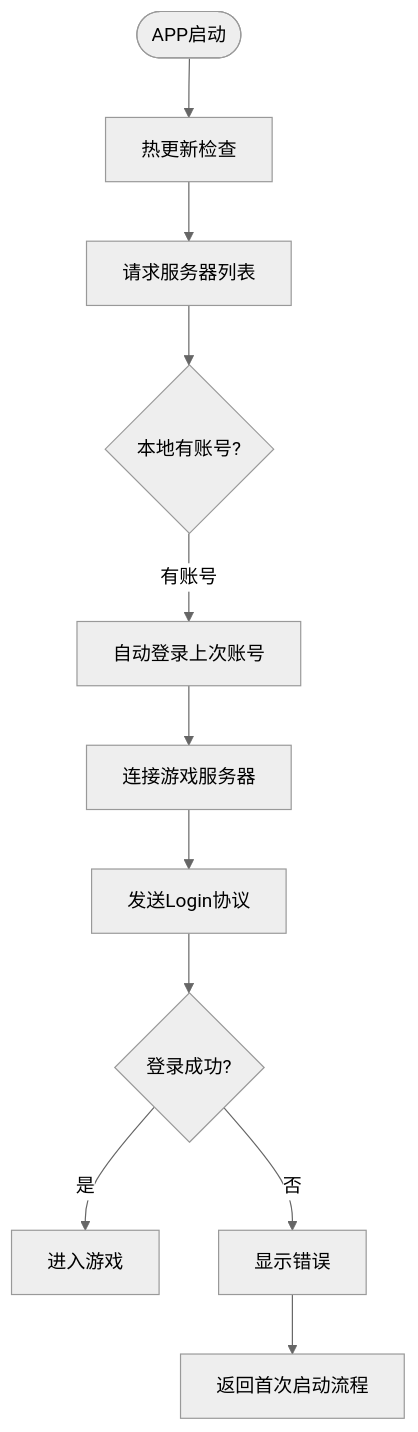
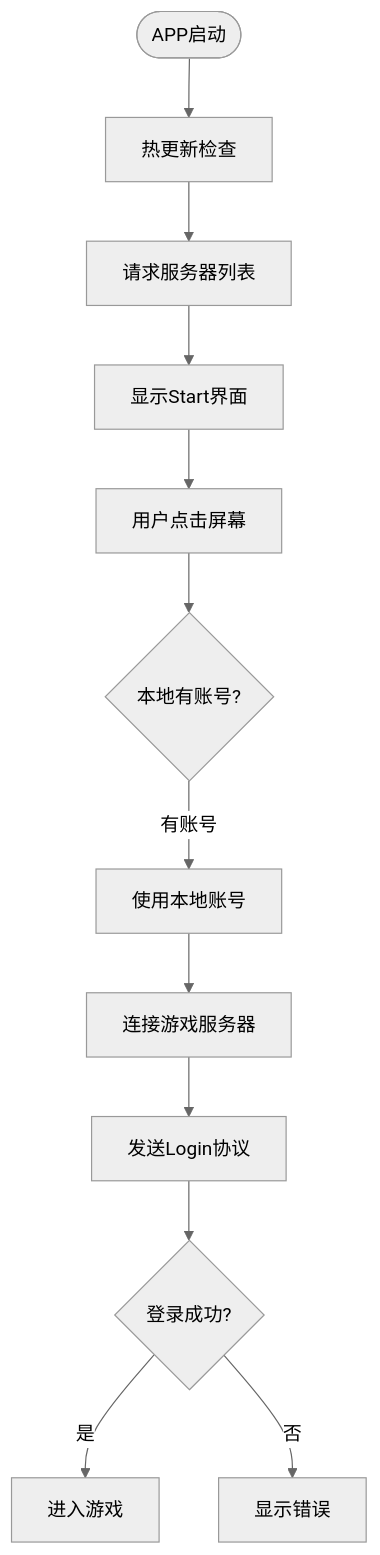
One commit to zlex001/LOA-Client changed the second of 7 diagrams in Documents/System/登录与启动系统.md. Above: the diagram before and after it, drawn with Mermaid (neutral theme). The commit also changed other lines of this file and 2 other files, not shown here.

````diff
--- a/Documents/System/登录与启动系统.md
+++ b/Documents/System/登录与启动系统.md
@@ -84,15 +85,17 @@
 ```mermaid
 flowchart TD
     AppStart([APP启动]) --> HotUpdate[热更新检查]
     HotUpdate --> Gateway[请求服务器列表]
-    Gateway --> CheckLocal{本地有账号?}
+    Gateway --> ShowStart[显示Start界面]
     
-    CheckLocal -->|有账号| AutoLogin[自动登录上次账号]
-    AutoLogin --> ConnectServer[连接游戏服务器]
+    ShowStart --> UserClick[用户点击屏幕]
+    UserClick --> CheckLocal{本地有账号?}
+    CheckLocal -->|有账号| UseAccount[使用本地账号]
+    
+    UseAccount --> ConnectServer[连接游戏服务器]
     ConnectServer --> SendLogin[发送Login协议]
     
     SendLogin --> LoginSuccess{登录成功?}
     LoginSuccess -->|是| EnterGame[进入游戏]
     LoginSuccess -->|否| ErrorUI[显示错误]
-    ErrorUI --> BackToFirst[返回首次启动流程]
 ```
````
